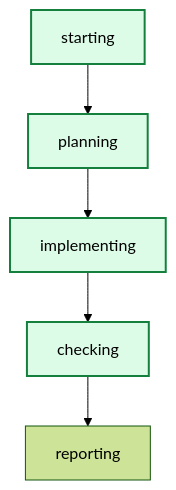
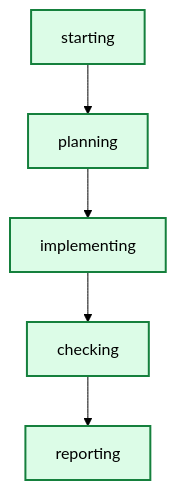
Before and after one commit to daniell0gda/hermes-feature-check-dashboard: the diagram in runs/r1-traps-grave-robber/graph.mmd, drawn with Mermaid (forest theme). The commit also changed 13 other files, not shown here.

```diff
--- a/runs/r1-traps-grave-robber/graph.mmd
+++ b/runs/r1-traps-grave-robber/graph.mmd
@@ -1,13 +1,14 @@
 graph TD
     starting --> planning
     planning --> implementing
     implementing --> checking
     checking --> reporting
 
 classDef done fill:#dcfce7,stroke:#15803d,stroke-width:2px;
 classDef active fill:#dbeafe,stroke:#2563eb,stroke-width:3px;
 classDef failed fill:#fee2e2,stroke:#b42318,stroke-width:2px;
 class implementing done;
 class checking done;
 class starting done;
+class reporting done;
 class planning done;
```
